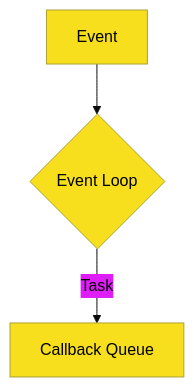
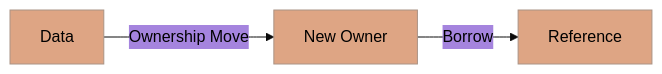
One commit to syahputrawork98-sketch/Rust-Knowledge-Base changed the diagram in docs/standards/aesthetic.md. Above: the diagram before and after it, drawn with Mermaid. The commit also changed other lines of this file and 257 other files, not shown here.

````diff
--- a/docs/standards/aesthetic.md
+++ b/docs/standards/aesthetic.md
@@ -12,6 +12,6 @@
 ```mermaid
-%%{init: {'theme': 'base', 'themeVariables': { 'primaryColor': '#F7DF1E', 'primaryTextColor': '#000'}}}%%
-graph TD
-    A[Event] --> B{Event Loop}
-    B -->|Task| C[Callback Queue]
+%%{init: {'theme': 'base', 'themeVariables': { 'primaryColor': '#DEA584', 'primaryTextColor': '#000'}}}%%
+graph LR
+    A[Data] -->|Ownership Move| B[New Owner]
+    B -->|Borrow| C[Reference]
 ```
````
